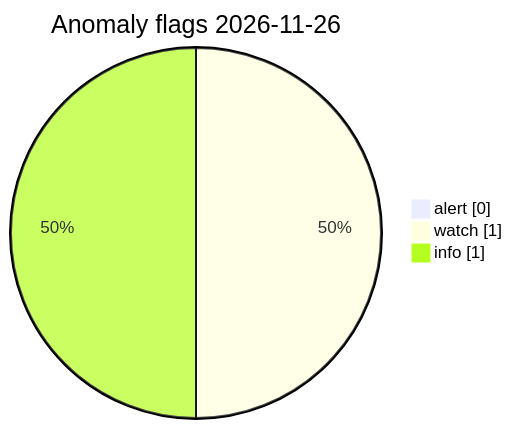
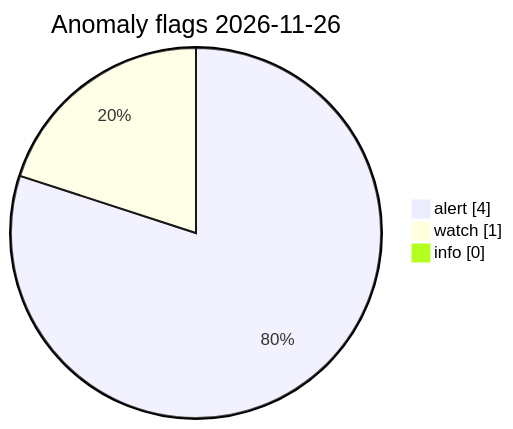
One commit to Midwest-Stratospheric/Unified-Open-Global-Weather changed the diagram in visuals/latest/CHARTS.md. Above: the diagram before and after it, drawn with Mermaid. The commit also changed other lines of this file and 13 other files, not shown here.

Commit message:
data(visuals): automated charts 2026-11-26T19:13Z

````diff
--- a/visuals/latest/CHARTS.md
+++ b/visuals/latest/CHARTS.md
@@ -73,7 +73,7 @@
 ```mermaid
 pie showData
   title Anomaly flags 2026-11-26
-  "alert" : 0
+  "alert" : 4
   "watch" : 1
-  "info" : 1
+  "info" : 0
 ```
````
